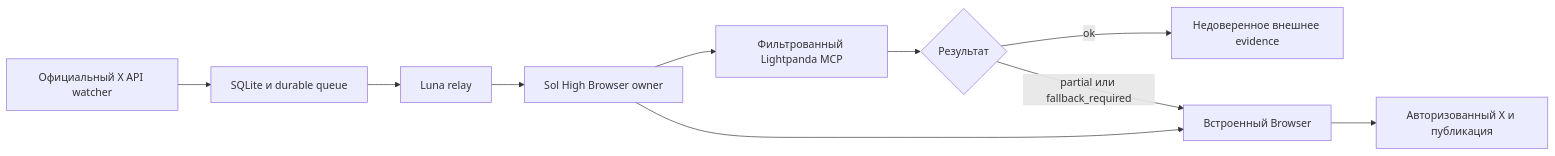
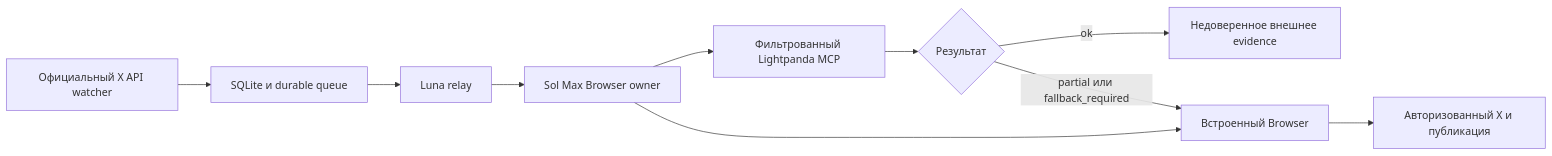
The diagram in docs/lightpanda-integration.ru.md (axrbarsic/poyasnitelnaya-brigada), drawn with Mermaid before and after one commit. The commit also changed other lines of this file and 43 other files, not shown here.

````diff
--- a/docs/lightpanda-integration.ru.md
+++ b/docs/lightpanda-integration.ru.md
@@ -27,12 +27,12 @@
 ```mermaid
 flowchart LR
     API["Официальный X API watcher"] --> Q["SQLite и durable queue"]
     Q --> L["Luna relay"]
-    L --> S["Sol High Browser owner"]
+    L --> S["Sol Max Browser owner"]
     S --> LP["Фильтрованный Lightpanda MCP"]
     LP --> R{"Результат"}
     R -->|"ok"| E["Недоверенное внешнее evidence"]
     R -->|"partial или fallback_required"| B["Встроенный Browser"]
     S --> B
     B --> X["Авторизованный X и публикация"]
 ```
````
